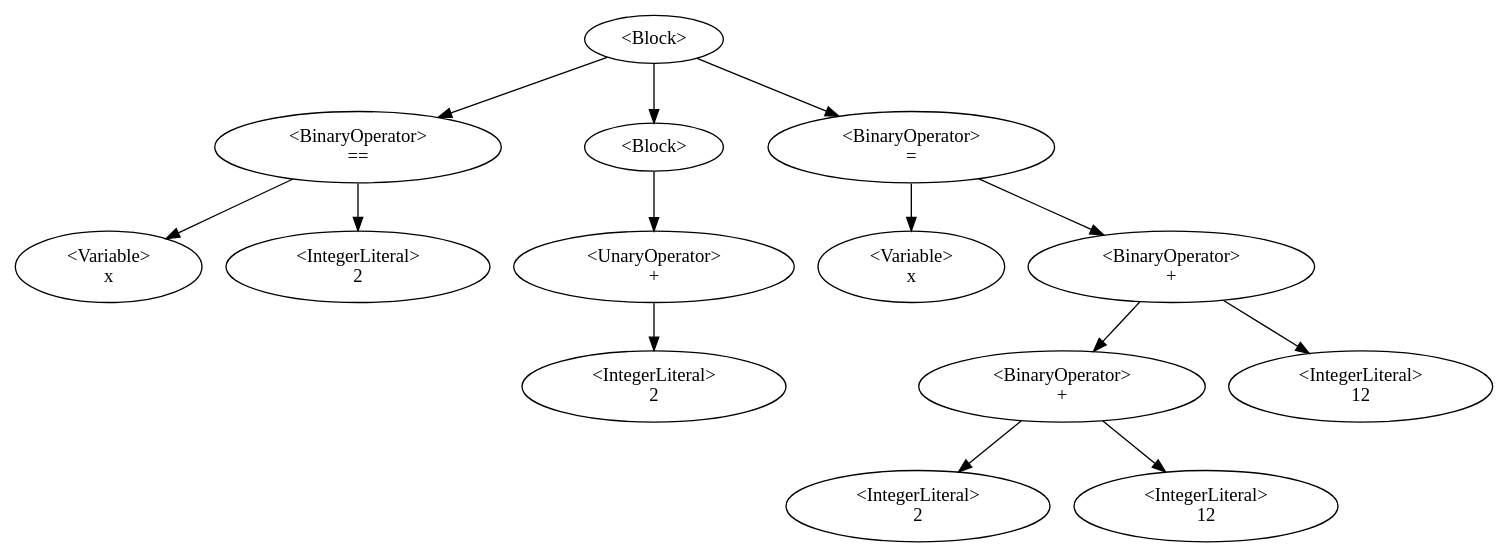
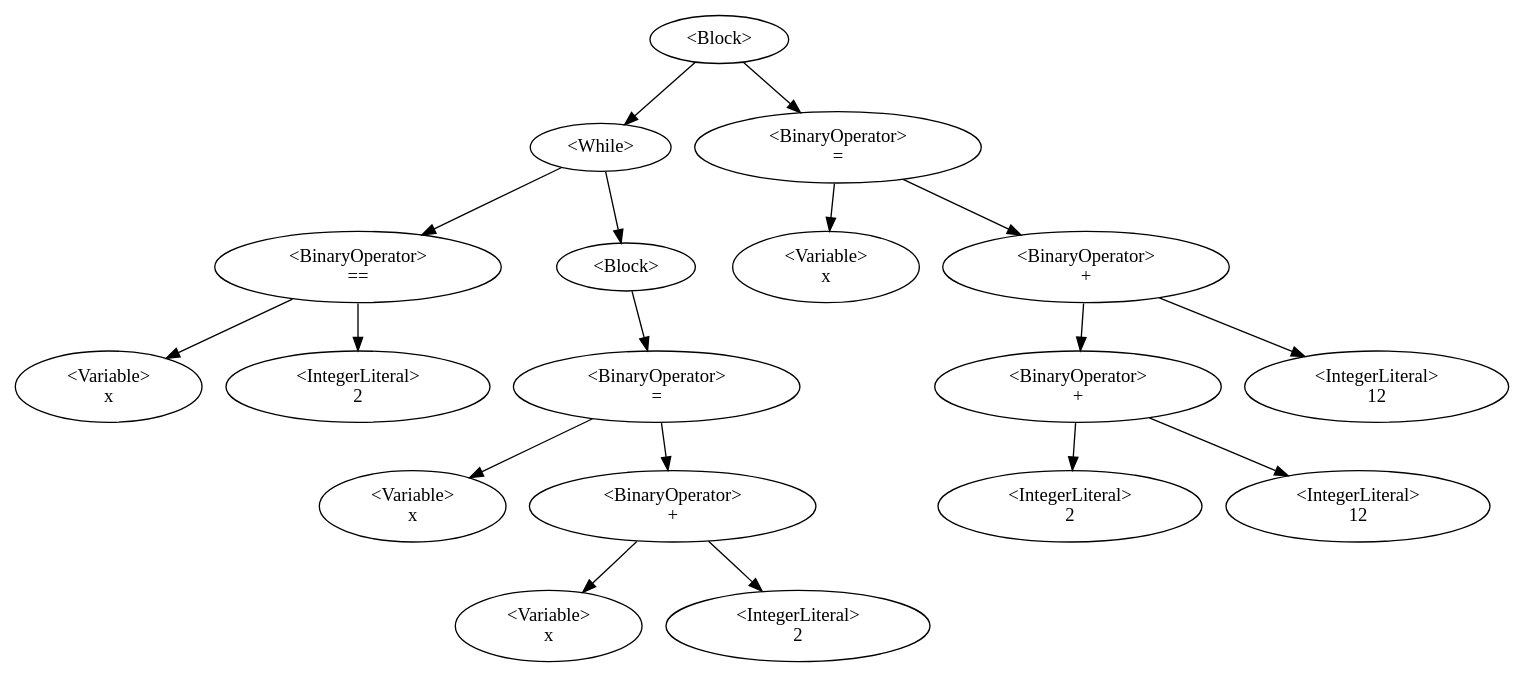
Before and after one commit to QazmoQwerty/dino: the diagram in Dino/Dino/AstDisplay.gv, drawn with Graphviz. The commit also changed 5 other files, not shown here.

```diff
--- a/Dino/Dino/AstDisplay.gv
+++ b/Dino/Dino/AstDisplay.gv
@@ -1,16 +1,20 @@
 digraph G {
-0 [label="<Block>"];0->2;0->4;0->8;
-2 [label="<BinaryOperator>\n=="];2->1;2->3;
-1 [label="<Variable>\nx"];
-3 [label="<IntegerLiteral>\n2"];
-4 [label="<Block>"];4->5;
-5 [label="<UnaryOperator>\n+"];5->6;
-6 [label="<IntegerLiteral>\n2"];
-8 [label="<BinaryOperator>\n="];8->7;8->12;
-7 [label="<Variable>\nx"];
-12 [label="<BinaryOperator>\n+"];12->10;12->13;
-10 [label="<BinaryOperator>\n+"];10->9;10->11;
-9 [label="<IntegerLiteral>\n2"];
-11 [label="<IntegerLiteral>\n12"];
-13 [label="<IntegerLiteral>\n12"];
+0 [label="<Block>"];0->1;0->12;
+1 [label="<While>"];1->3;1->5;
+3 [label="<BinaryOperator>\n=="];3->2;3->4;
+2 [label="<Variable>\nx"];
+4 [label="<IntegerLiteral>\n2"];
+5 [label="<Block>"];5->7;
+7 [label="<BinaryOperator>\n="];7->6;7->9;
+6 [label="<Variable>\nx"];
+9 [label="<BinaryOperator>\n+"];9->8;9->10;
+8 [label="<Variable>\nx"];
+10 [label="<IntegerLiteral>\n2"];
+12 [label="<BinaryOperator>\n="];12->11;12->16;
+11 [label="<Variable>\nx"];
+16 [label="<BinaryOperator>\n+"];16->14;16->17;
+14 [label="<BinaryOperator>\n+"];14->13;14->15;
+13 [label="<IntegerLiteral>\n2"];
+15 [label="<IntegerLiteral>\n12"];
+17 [label="<IntegerLiteral>\n12"];
 }
```
